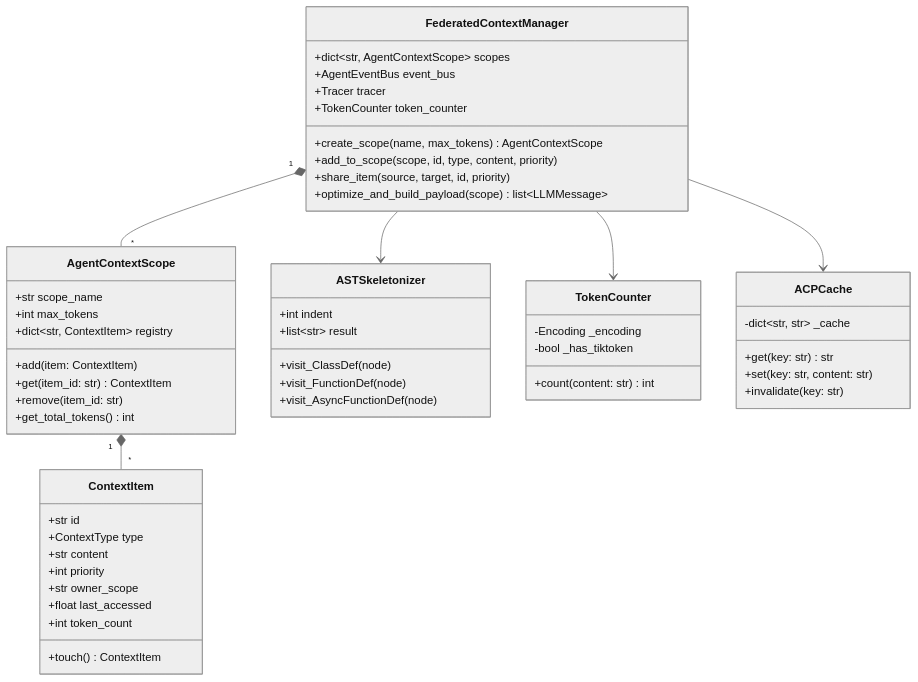
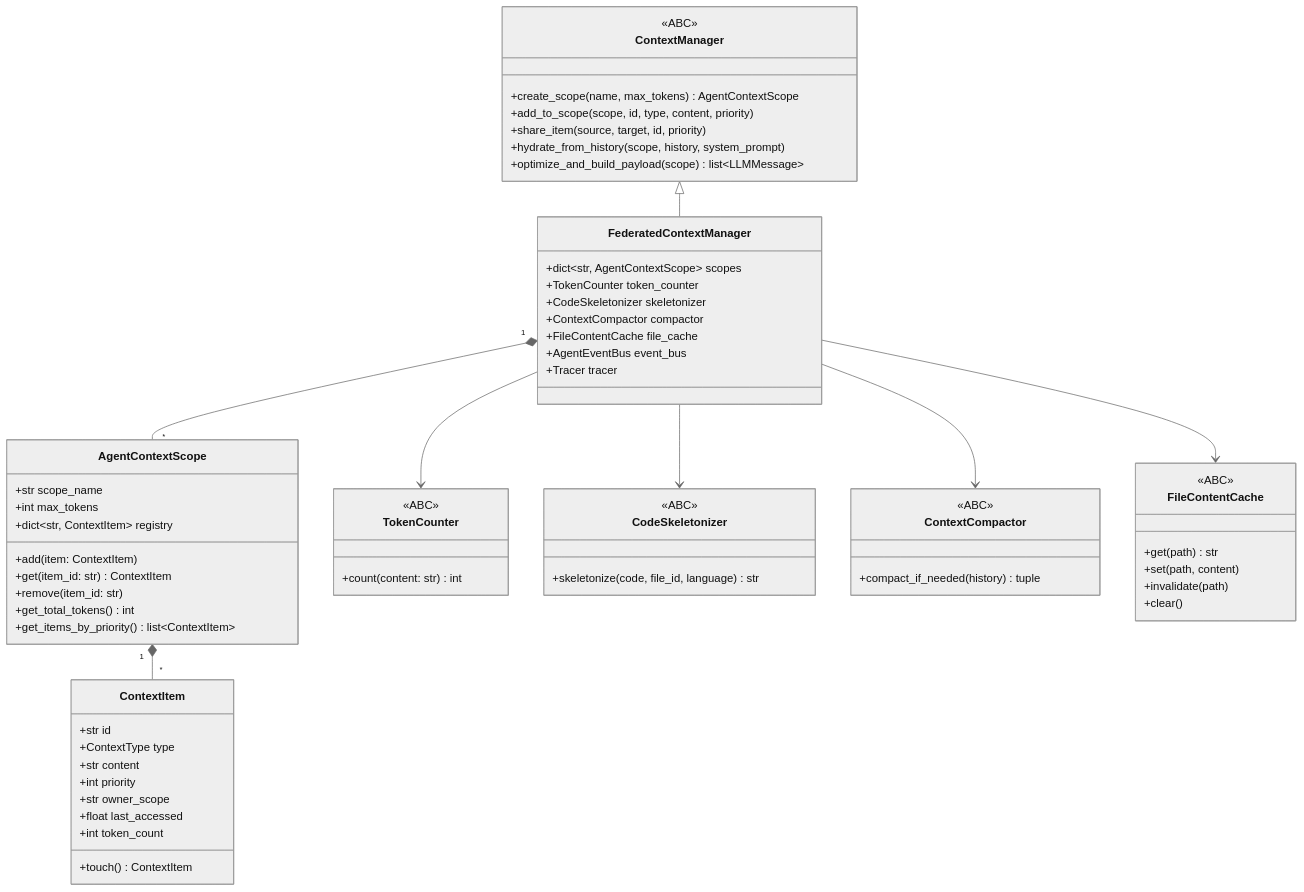
One commit to pese-git/codelab-agent changed the eighth of 10 diagrams in doc/internals/architecture/fcm/DIAGRAMS.md. Above: the diagram before and after it, drawn with Mermaid (neutral theme). The commit also changed other lines of this file and 7 other files, not shown here.

````diff
--- a/doc/internals/architecture/fcm/DIAGRAMS.md
+++ b/doc/internals/architecture/fcm/DIAGRAMS.md
@@ -353,61 +383,74 @@
 ```mermaid
 classDiagram
-    class FederatedContextManager {
-        +dict~str, AgentContextScope~ scopes
-        +AgentEventBus event_bus
-        +Tracer tracer
-        +TokenCounter token_counter
+    class ContextManager {
+        <<ABC>>
         +create_scope(name, max_tokens) AgentContextScope
         +add_to_scope(scope, id, type, content, priority)
         +share_item(source, target, id, priority)
+        +hydrate_from_history(scope, history, system_prompt)
         +optimize_and_build_payload(scope) list~LLMMessage~
     }
-    
+
+    class FederatedContextManager {
+        +dict~str, AgentContextScope~ scopes
+        +TokenCounter token_counter
+        +CodeSkeletonizer skeletonizer
+        +ContextCompactor compactor
+        +FileContentCache file_cache
+        +AgentEventBus event_bus
+        +Tracer tracer
+    }
+
     class AgentContextScope {
         +str scope_name
         +int max_tokens
         +dict~str, ContextItem~ registry
         +add(item: ContextItem)
         +get(item_id: str) ContextItem
         +remove(item_id: str)
         +get_total_tokens() int
+        +get_items_by_priority() list~ContextItem~
     }
-    
+
     class ContextItem {
         +str id
         +ContextType type
         +str content
         +int priority
         +str owner_scope
         +float last_accessed
         +int token_count
         +touch() ContextItem
     }
-    
-    class ASTSkeletonizer {
-        +int indent
-        +list~str~ result
-        +visit_ClassDef(node)
-        +visit_FunctionDef(node)
-        +visit_AsyncFunctionDef(node)
-    }
-    
+
     class TokenCounter {
-        -Encoding _encoding
-        -bool _has_tiktoken
+        <<ABC>>
         +count(content: str) int
     }
-    
-    class ACPCache {
-        -dict~str, str~ _cache
-        +get(key: str) str
-        +set(key: str, content: str)
-        +invalidate(key: str)
+
+    class CodeSkeletonizer {
+        <<ABC>>
+        +skeletonize(code, file_id, language) str
     }
-    
+
+    class ContextCompactor {
+        <<ABC>>
+        +compact_if_needed(history) tuple
+    }
+
+    class FileContentCache {
+        <<ABC>>
+        +get(path) str
+        +set(path, content)
+        +invalidate(path)
+        +clear()
+    }
+
+    ContextManager <|-- FederatedContextManager
     FederatedContextManager "1" *-- "*" AgentContextScope
     AgentContextScope "1" *-- "*" ContextItem
-    FederatedContextManager --> ASTSkeletonizer
     FederatedContextManager --> TokenCounter
-    FederatedContextManager --> ACPCache
+    FederatedContextManager --> CodeSkeletonizer
+    FederatedContextManager --> ContextCompactor
+    FederatedContextManager --> FileContentCache
 ```
````
